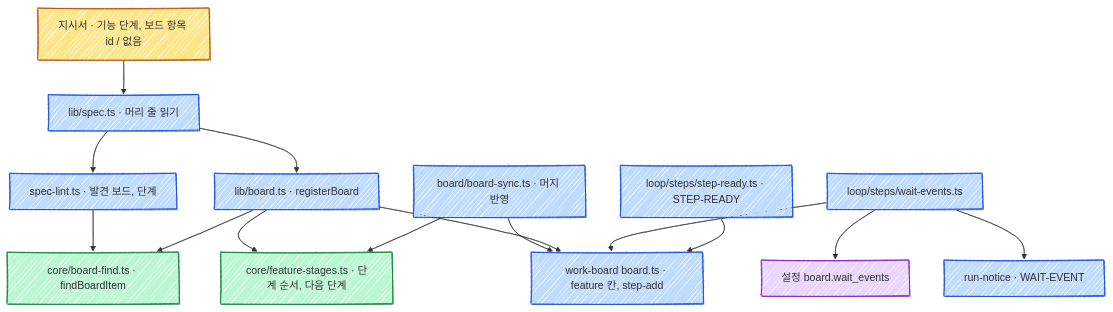
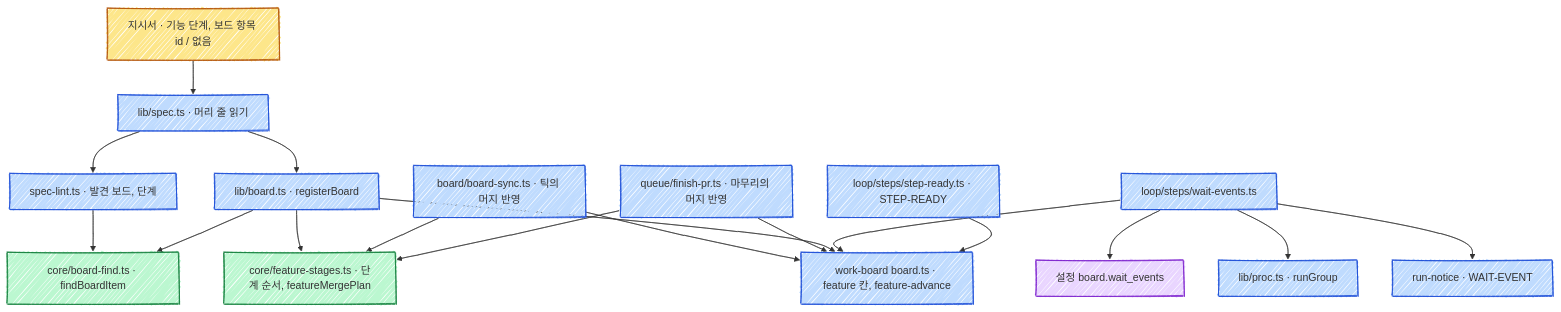
Before and after one commit to jon890/fos-skills: the diagram in docs/features/board-feature-items/design.md, drawn with Mermaid. The commit also changed other lines of this file and 1 other file, not shown here.

First line of the commit message:
docs(board-feature-items): 리뷰의 머지 반영 경로와 사건 명령 실행 계약을 설계에 반영한다

````diff
--- a/docs/features/board-feature-items/design.md
+++ b/docs/features/board-feature-items/design.md
@@ -20,30 +20,32 @@
 ```mermaid
 ---
 config:
   look: handDrawn
 ---
 flowchart TD
     S["지시서 · 기능 단계, 보드 항목 id / 없음"] --> P["lib/spec.ts · 머리 줄 읽기"]
     P --> L["spec-lint.ts · 발견 보드, 단계"]
     P --> R["lib/board.ts · registerBoard"]
     L --> F["core/board-find.ts · findBoardItem"]
     R --> F
-    R --> FS["core/feature-stages.ts · 단계 순서, 다음 단계"]
-    Y["board/board-sync.ts · 머지 반영"] --> FS
-    Y --> B["work-board board.ts · feature 칸, step-add"]
+    R --> FS["core/feature-stages.ts · 단계 순서, featureMergePlan"]
+    Y["board/board-sync.ts · 틱의 머지 반영"] --> FS
+    X["queue/finish-pr.ts · 마무리의 머지 반영"] --> FS
+    Y --> B["work-board board.ts · feature 칸, feature-advance"]
+    X --> B
     R --> B
     W["loop/steps/wait-events.ts"] --> C["설정 board.wait_events"]
+    W --> G["lib/proc.ts · runGroup"]
     W --> B
     W --> N["run-notice · WAIT-EVENT"]
     Q["loop/steps/step-ready.ts · STEP-READY"] --> B
 
     classDef doc fill:#fde68a,stroke:#b45309
     classDef core fill:#bbf7d0,stroke:#15803d
     classDef io fill:#bfdbfe,stroke:#1d4ed8
     classDef cfg fill:#e9d5ff,stroke:#7e22ce
     class S doc
     class F,FS core
-    class P,L,R,Y,W,Q io
-    class B,N io
+    class P,L,R,Y,X,W,Q,G,B,N io
     class C cfg
 ```
````
